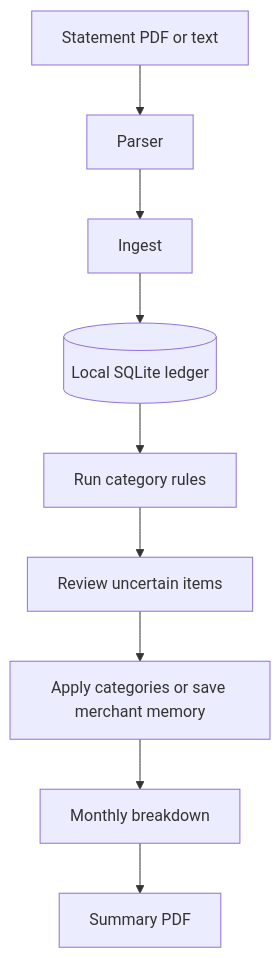
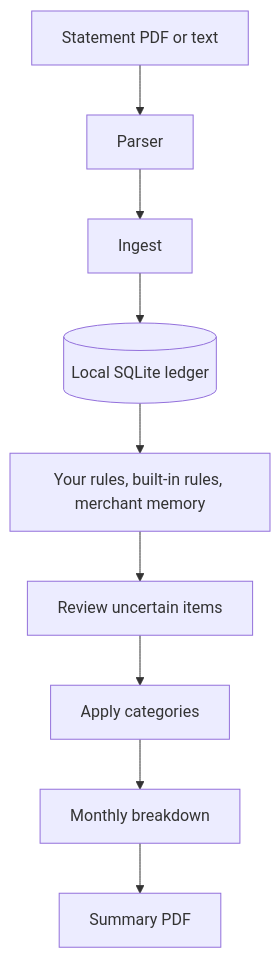
One commit to luabagg/canhoto changed the diagram in README.md. Above: the diagram before and after it, drawn with Mermaid. The commit also changed other lines of this file and 4 other files, not shown here.

````diff
--- a/README.md
+++ b/README.md
@@ -43,11 +49,11 @@
 ```mermaid
 flowchart TD
   A[Statement PDF or text] --> B[Parser]
   B --> C[Ingest]
   C --> D[(Local SQLite ledger)]
-  D --> E[Run category rules]
+  D --> E[Your rules, built-in rules, merchant memory]
   E --> F[Review uncertain items]
-  F --> G[Apply categories or save merchant memory]
+  F --> G[Apply categories]
   G --> H[Monthly breakdown]
   H --> I[Summary PDF]
 ```
````
